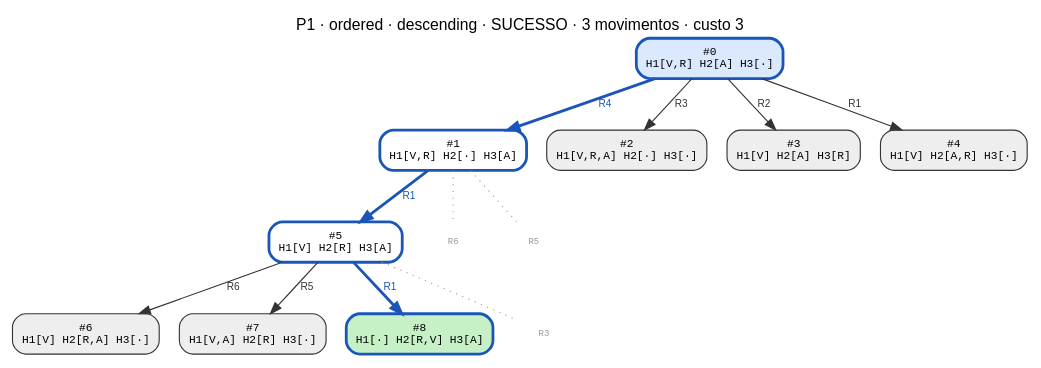
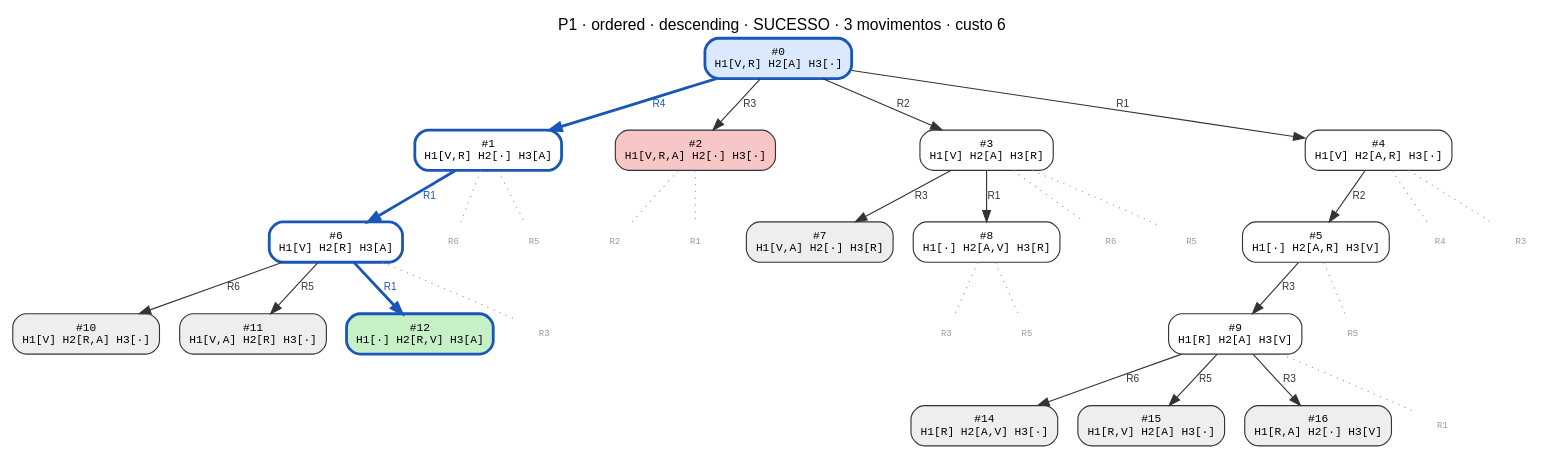
One commit to CharlesLB/dcc-014-trabalho-1 changed the diagram in data/P1/ordered_descending.dot. Above: the diagram before and after it, drawn with Graphviz. The commit also changed 54 other files, not shown here.

```diff
--- a/data/P1/ordered_descending.dot
+++ b/data/P1/ordered_descending.dot
@@ -1,28 +1,62 @@
 digraph search {
-  label="P1 · ordered · descending · SUCESSO · 3 movimentos · custo 3"; labelloc=t; fontname="Helvetica";
+  label="P1 · ordered · descending · SUCESSO · 3 movimentos · custo 6"; labelloc=t; fontname="Helvetica";
   node [shape=box, style="rounded,filled", fontname="monospace", fontsize=10];
   edge [fontname="Helvetica", fontsize=9];
   n0 [label="#0\nH1[V,R] H2[A] H3[·]", fillcolor="#dbe9ff", color="#1a56b8", penwidth=2.5];
   n1 [label="#1\nH1[V,R] H2[·] H3[A]", fillcolor="#ffffff", color="#1a56b8", penwidth=2.5];
   n0 -> n1 [label="R4", color="#1a56b8", fontcolor="#1a56b8", penwidth=2.5];
-  n2 [label="#2\nH1[V,R,A] H2[·] H3[·]", fillcolor="#eeeeee", color="#333333", penwidth=1];
+  n2 [label="#2\nH1[V,R,A] H2[·] H3[·]", fillcolor="#f7c6c6", color="#333333", penwidth=1];
   n0 -> n2 [label="R3", color="#333333", fontcolor="#333333", penwidth=1];
-  n3 [label="#3\nH1[V] H2[A] H3[R]", fillcolor="#eeeeee", color="#333333", penwidth=1];
+  n3 [label="#3\nH1[V] H2[A] H3[R]", fillcolor="#ffffff", color="#333333", penwidth=1];
   n0 -> n3 [label="R2", color="#333333", fontcolor="#333333", penwidth=1];
-  n4 [label="#4\nH1[V] H2[A,R] H3[·]", fillcolor="#eeeeee", color="#333333", penwidth=1];
+  n4 [label="#4\nH1[V] H2[A,R] H3[·]", fillcolor="#ffffff", color="#333333", penwidth=1];
   n0 -> n4 [label="R1", color="#333333", fontcolor="#333333", penwidth=1];
-  n5 [label="#5\nH1[V] H2[R] H3[A]", fillcolor="#ffffff", color="#1a56b8", penwidth=2.5];
-  n1 -> n5 [label="R1", color="#1a56b8", fontcolor="#1a56b8", penwidth=2.5];
-  n6 [label="#6\nH1[V] H2[R,A] H3[·]", fillcolor="#eeeeee", color="#333333", penwidth=1];
-  n5 -> n6 [label="R6", color="#333333", fontcolor="#333333", penwidth=1];
-  n7 [label="#7\nH1[V,A] H2[R] H3[·]", fillcolor="#eeeeee", color="#333333", penwidth=1];
-  n5 -> n7 [label="R5", color="#333333", fontcolor="#333333", penwidth=1];
-  n8 [label="#8\nH1[·] H2[R,V] H3[A]", fillcolor="#c6f0c6", color="#1a56b8", penwidth=2.5];
-  n5 -> n8 [label="R1", color="#1a56b8", fontcolor="#1a56b8", penwidth=2.5];
+  n5 [label="#5\nH1[·] H2[A,R] H3[V]", fillcolor="#ffffff", color="#333333", penwidth=1];
+  n4 -> n5 [label="R2", color="#333333", fontcolor="#333333", penwidth=1];
+  n6 [label="#6\nH1[V] H2[R] H3[A]", fillcolor="#ffffff", color="#1a56b8", penwidth=2.5];
+  n1 -> n6 [label="R1", color="#1a56b8", fontcolor="#1a56b8", penwidth=2.5];
+  n7 [label="#7\nH1[V,A] H2[·] H3[R]", fillcolor="#eeeeee", color="#333333", penwidth=1];
+  n3 -> n7 [label="R3", color="#333333", fontcolor="#333333", penwidth=1];
+  n8 [label="#8\nH1[·] H2[A,V] H3[R]", fillcolor="#ffffff", color="#333333", penwidth=1];
+  n3 -> n8 [label="R1", color="#333333", fontcolor="#333333", penwidth=1];
+  n9 [label="#9\nH1[R] H2[A] H3[V]", fillcolor="#ffffff", color="#333333", penwidth=1];
+  n5 -> n9 [label="R3", color="#333333", fontcolor="#333333", penwidth=1];
+  n10 [label="#10\nH1[V] H2[R,A] H3[·]", fillcolor="#eeeeee", color="#333333", penwidth=1];
+  n6 -> n10 [label="R6", color="#333333", fontcolor="#333333", penwidth=1];
+  n11 [label="#11\nH1[V,A] H2[R] H3[·]", fillcolor="#eeeeee", color="#333333", penwidth=1];
+  n6 -> n11 [label="R5", color="#333333", fontcolor="#333333", penwidth=1];
+  n12 [label="#12\nH1[·] H2[R,V] H3[A]", fillcolor="#c6f0c6", color="#1a56b8", penwidth=2.5];
+  n6 -> n12 [label="R1", color="#1a56b8", fontcolor="#1a56b8", penwidth=2.5];
+  n14 [label="#14\nH1[R] H2[A,V] H3[·]", fillcolor="#eeeeee", color="#333333", penwidth=1];
+  n9 -> n14 [label="R6", color="#333333", fontcolor="#333333", penwidth=1];
+  n15 [label="#15\nH1[R,V] H2[A] H3[·]", fillcolor="#eeeeee", color="#333333", penwidth=1];
+  n9 -> n15 [label="R5", color="#333333", fontcolor="#333333", penwidth=1];
+  n16 [label="#16\nH1[R,A] H2[·] H3[V]", fillcolor="#eeeeee", color="#333333", penwidth=1];
+  n9 -> n16 [label="R3", color="#333333", fontcolor="#333333", penwidth=1];
+  p4_R4 [label="R4", shape=plaintext, style=solid, fontcolor="#999999", fontsize=8];
+  n4 -> p4_R4 [style=dotted, color="#999999", arrowhead=none];
+  p4_R3 [label="R3", shape=plaintext, style=solid, fontcolor="#999999", fontsize=8];
+  n4 -> p4_R3 [style=dotted, color="#999999", arrowhead=none];
   p1_R6 [label="R6", shape=plaintext, style=solid, fontcolor="#999999", fontsize=8];
   n1 -> p1_R6 [style=dotted, color="#999999", arrowhead=none];
   p1_R5 [label="R5", shape=plaintext, style=solid, fontcolor="#999999", fontsize=8];
   n1 -> p1_R5 [style=dotted, color="#999999", arrowhead=none];
-  p5_R3 [label="R3", shape=plaintext, style=solid, fontcolor="#999999", fontsize=8];
-  n5 -> p5_R3 [style=dotted, color="#999999", arrowhead=none];
+  p2_R2 [label="R2", shape=plaintext, style=solid, fontcolor="#999999", fontsize=8];
+  n2 -> p2_R2 [style=dotted, color="#999999", arrowhead=none];
+  p2_R1 [label="R1", shape=plaintext, style=solid, fontcolor="#999999", fontsize=8];
+  n2 -> p2_R1 [style=dotted, color="#999999", arrowhead=none];
+  p3_R6 [label="R6", shape=plaintext, style=solid, fontcolor="#999999", fontsize=8];
+  n3 -> p3_R6 [style=dotted, color="#999999", arrowhead=none];
+  p3_R5 [label="R5", shape=plaintext, style=solid, fontcolor="#999999", fontsize=8];
+  n3 -> p3_R5 [style=dotted, color="#999999", arrowhead=none];
+  p5_R5 [label="R5", shape=plaintext, style=solid, fontcolor="#999999", fontsize=8];
+  n5 -> p5_R5 [style=dotted, color="#999999", arrowhead=none];
+  p6_R3 [label="R3", shape=plaintext, style=solid, fontcolor="#999999", fontsize=8];
+  n6 -> p6_R3 [style=dotted, color="#999999", arrowhead=none];
+  p8_R3 [label="R3", shape=plaintext, style=solid, fontcolor="#999999", fontsize=8];
+  n8 -> p8_R3 [style=dotted, color="#999999", arrowhead=none];
+  p9_R1 [label="R1", shape=plaintext, style=solid, fontcolor="#999999", fontsize=8];
+  n9 -> p9_R1 [style=dotted, color="#999999", arrowhead=none];
+  p8_R5 [label="R5", shape=plaintext, style=solid, fontcolor="#999999", fontsize=8];
+  n8 -> p8_R5 [style=dotted, color="#999999", arrowhead=none];
 }
```
